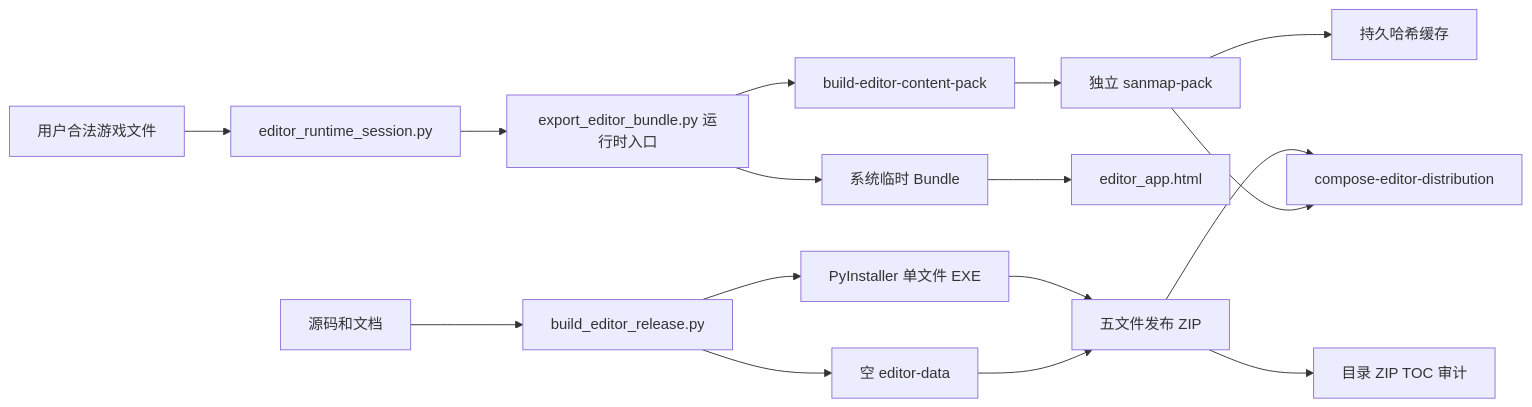
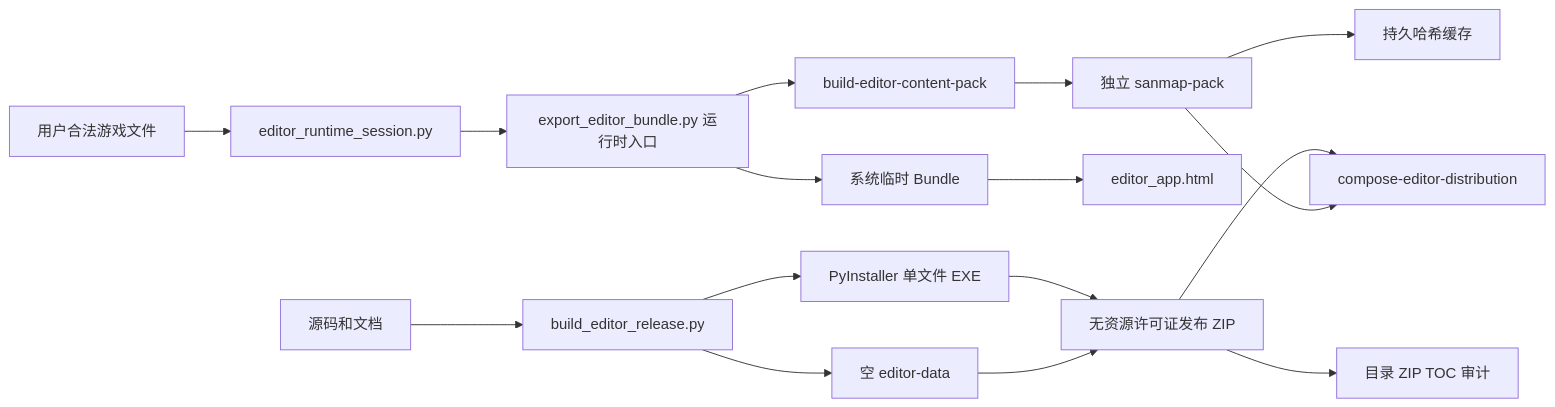
The diagram in docs/EDITOR_PACKAGING_CHAIN.zh.md (mzhinf/SanMapEditor), drawn with Mermaid before and after one commit. The commit also changed other lines of this file and 18 other files, not shown here.

````diff
--- a/docs/EDITOR_PACKAGING_CHAIN.zh.md
+++ b/docs/EDITOR_PACKAGING_CHAIN.zh.md
@@ -7,18 +7,18 @@
 ```mermaid
 flowchart LR
   A[源码和文档] --> B[build_editor_release.py]
   B --> C[PyInstaller 单文件 EXE]
   B --> D[空 editor-data]
-  C --> E[五文件发布 ZIP]
+  C --> E[无资源许可证发布 ZIP]
   D --> E
   E --> F[目录 ZIP TOC 审计]
   G[用户合法游戏文件] --> H[editor_runtime_session.py]
   H --> I[export_editor_bundle.py 运行时入口]
   I --> J[系统临时 Bundle]
   J --> K[editor_app.html]
   I --> L[build-editor-content-pack]
   L --> M[独立 sanmap-pack]
   M --> N[持久哈希缓存]
   E --> O[compose-editor-distribution]
   M --> O
 ```
````
